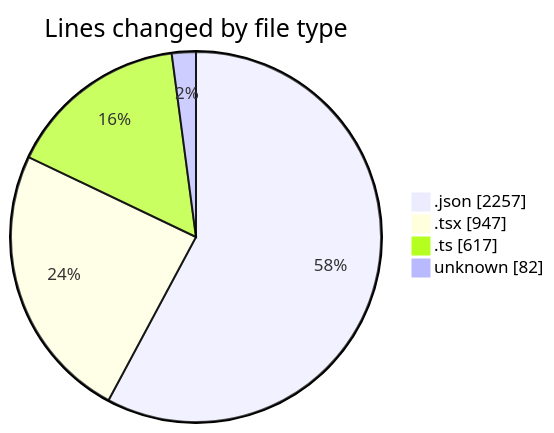
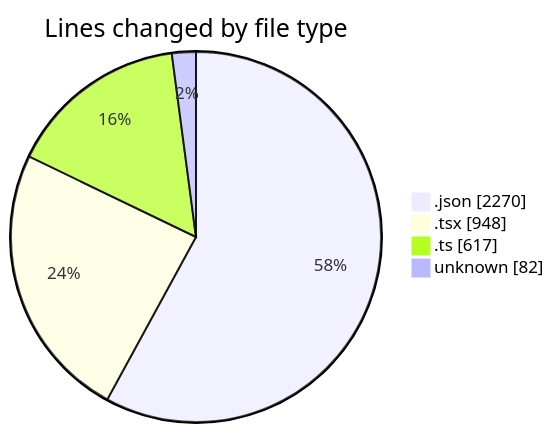
One commit to julien-gomy/code-tracking changed the first of 2 diagrams in 2025-10-29/eventscop-frontend-guide__workspace_/README.md. Above: the diagram before and after it, drawn with Mermaid. The commit also changed other lines of this file and 1 other file, not shown here.

````diff
--- a/2025-10-29/eventscop-frontend-guide__workspace_/README.md
+++ b/2025-10-29/eventscop-frontend-guide__workspace_/README.md
@@ -45,8 +45,8 @@
 ```mermaid
 pie showData
 title Lines changed by file type
-".json" : 2257
-".tsx" : 947
+".json" : 2270
+".tsx" : 948
 ".ts" : 617
 "unknown" : 82
 ```
````
